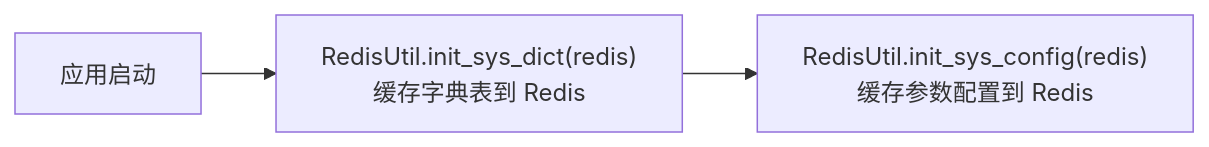
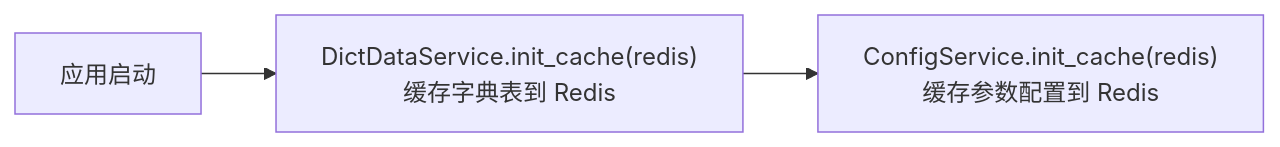
Before and after one commit to jiangwch03/knowledge: the fourth of 6 diagrams in docs/infrastructure/Redis与数据库基础设施.md, drawn with Mermaid. The commit also changed other lines of this file and 2 other files, not shown here.

````diff
--- a/docs/infrastructure/Redis与数据库基础设施.md
+++ b/docs/infrastructure/Redis与数据库基础设施.md
@@ -83,5 +83,5 @@
 ```mermaid
 graph LR
-    Start["应用启动"] --> Dict["RedisUtil.init_sys_dict(redis)<br/>缓存字典表到 Redis"]
-    Dict --> Config["RedisUtil.init_sys_config(redis)<br/>缓存参数配置到 Redis"]
+    Start["应用启动"] --> Dict["DictDataService.init_cache(redis)<br/>缓存字典表到 Redis"]
+    Dict --> Config["ConfigService.init_cache(redis)<br/>缓存参数配置到 Redis"]
 ```
````
